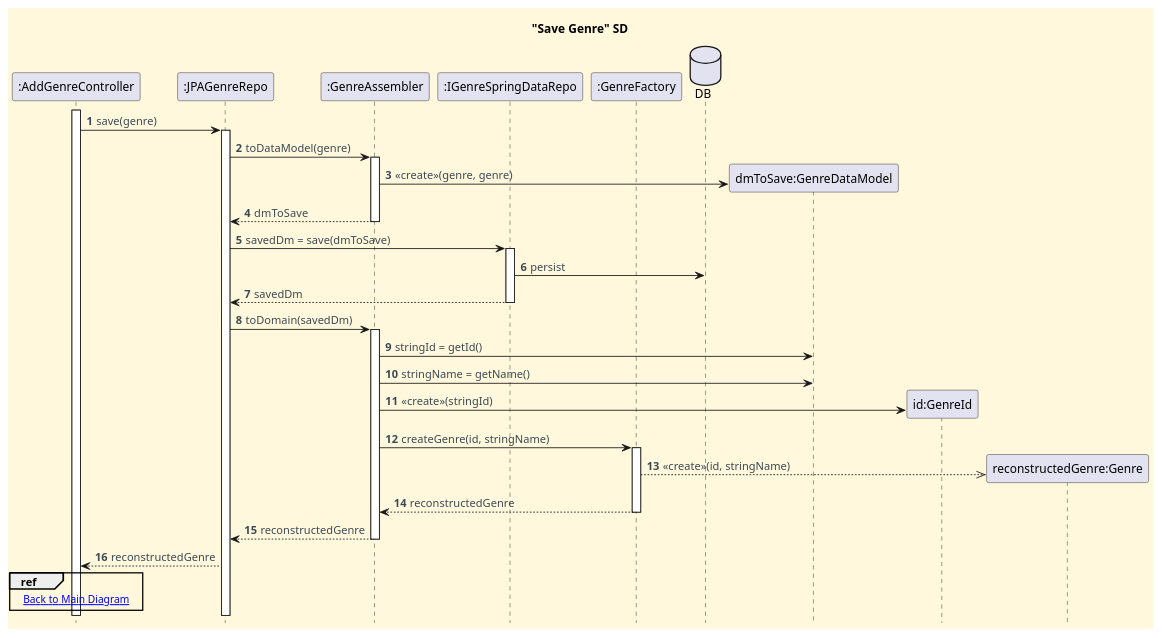
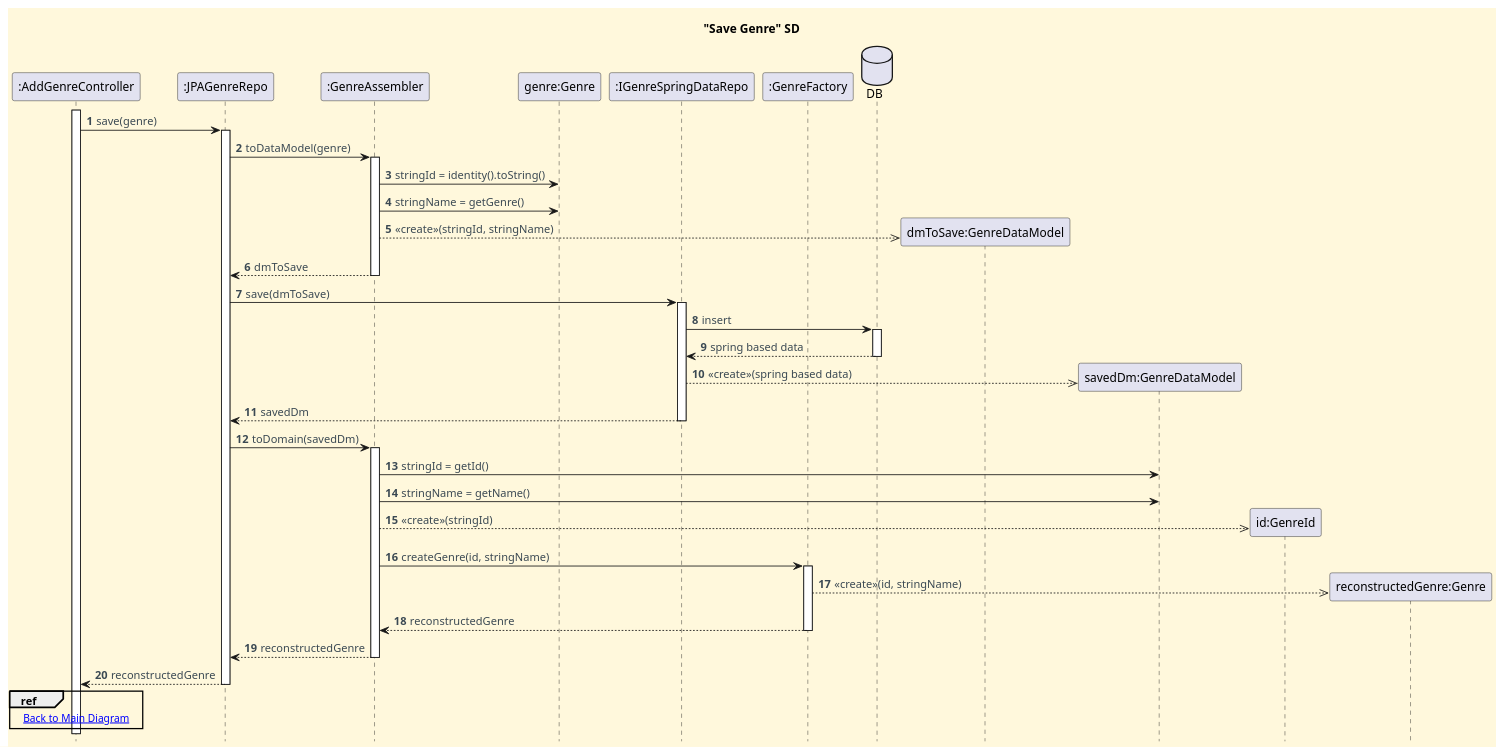
Before and after one commit to CarolinaLeite-collab/JavaMarketplacePlatform: the diagram in docs/functionalities/admin/add-genre/sd-ref-diagrams/Save_Genre.puml, drawn with PlantUML. The commit also changed 11 other files, not shown here.

First line of the commit message:
feat: refactor AddGenreController to SpringBoot and standardize tests

```diff
--- a/docs/functionalities/admin/add-genre/sd-ref-diagrams/Save_Genre.puml
+++ b/docs/functionalities/admin/add-genre/sd-ref-diagrams/Save_Genre.puml
@@ -1,65 +1,73 @@
 @startuml
-'==== Title ====
 title "Save Genre" SD
 
-'==== basic style ====
 skinparam monochrome false
 skinparam shadowing false
 skinparam defaultFontName Futura
 skinparam objectFontSize 20
 skinparam backgroundColor CornSilk
 skinparam objectBackgroundColor WhiteSmoke
 skinparam noteBackgroundColor #FFFFE0
 skinparam ArrowFontColor #3B4953
 skinparam ActivationBackgroundColor black
 hidefootbox
 autonumber
 
-' ==== Actor and participants ====
 participant ":AddGenreController" as CTL
 participant ":JPAGenreRepo" as JPAREPO
 participant ":GenreAssembler" as ASSMBLR
+participant "genre:Genre" as G
 participant ":IGenreSpringDataRepo" as SDREPO
 participant ":GenreFactory" as FACTORY
 database "DB" as DB
 
 activate CTL
 CTL -> JPAREPO : save(genre)
 activate JPAREPO
+
 JPAREPO -> ASSMBLR : toDataModel(genre)
 activate ASSMBLR
+ASSMBLR -> G : stringId = identity().toString()
+ASSMBLR -> G : stringName = getGenre()
 create "dmToSave:GenreDataModel"
-ASSMBLR -> "dmToSave:GenreDataModel" : <<create>>(genre, genre)
+ASSMBLR -->> "dmToSave:GenreDataModel" : <<create>>(stringId, stringName)
 ASSMBLR --> JPAREPO : dmToSave
 deactivate ASSMBLR
 
-JPAREPO -> SDREPO : savedDm = save(dmToSave)
+JPAREPO -> SDREPO : save(dmToSave)
 activate SDREPO
-SDREPO -> DB : persist
+SDREPO -> DB : insert
+activate DB
+DB --> SDREPO : spring based data
+deactivate DB
+create "savedDm:GenreDataModel"
+SDREPO -->> "savedDm:GenreDataModel" : <<create>>(spring based data)
 SDREPO --> JPAREPO : savedDm
 deactivate SDREPO
 
 JPAREPO -> ASSMBLR : toDomain(savedDm)
 activate ASSMBLR
-ASSMBLR -> "dmToSave:GenreDataModel" : stringId = getId()
-ASSMBLR -> "dmToSave:GenreDataModel" : stringName = getName()
+ASSMBLR -> "savedDm:GenreDataModel" : stringId = getId()
+ASSMBLR -> "savedDm:GenreDataModel" : stringName = getName()
 
 create "id:GenreId"
-ASSMBLR -> "id:GenreId" : <<create>>(stringId)
+ASSMBLR -->> "id:GenreId" : <<create>>(stringId)
 
 ASSMBLR -> FACTORY : createGenre(id, stringName)
 activate FACTORY
 create "reconstructedGenre:Genre"
 FACTORY -->> "reconstructedGenre:Genre" : <<create>>(id, stringName)
 FACTORY --> ASSMBLR : reconstructedGenre
 deactivate FACTORY
 
 ASSMBLR --> JPAREPO : reconstructedGenre
 deactivate ASSMBLR
+
 JPAREPO --> CTL : reconstructedGenre
+deactivate JPAREPO
 
 ref over CTL
 [[../Add_Genre_SD.puml Back to Main Diagram]]
 end ref
 
 @enduml
```
